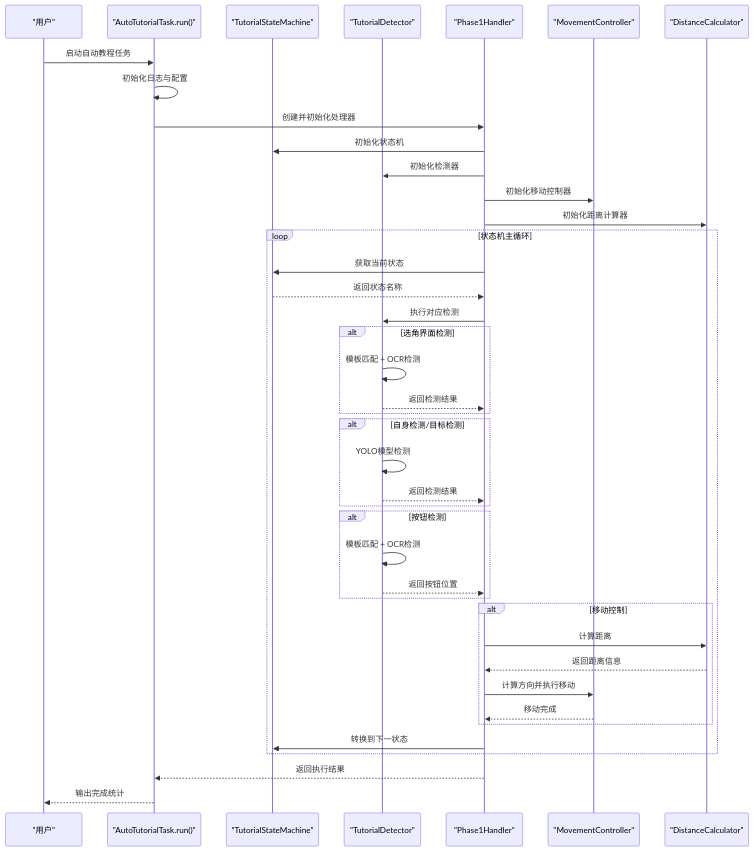
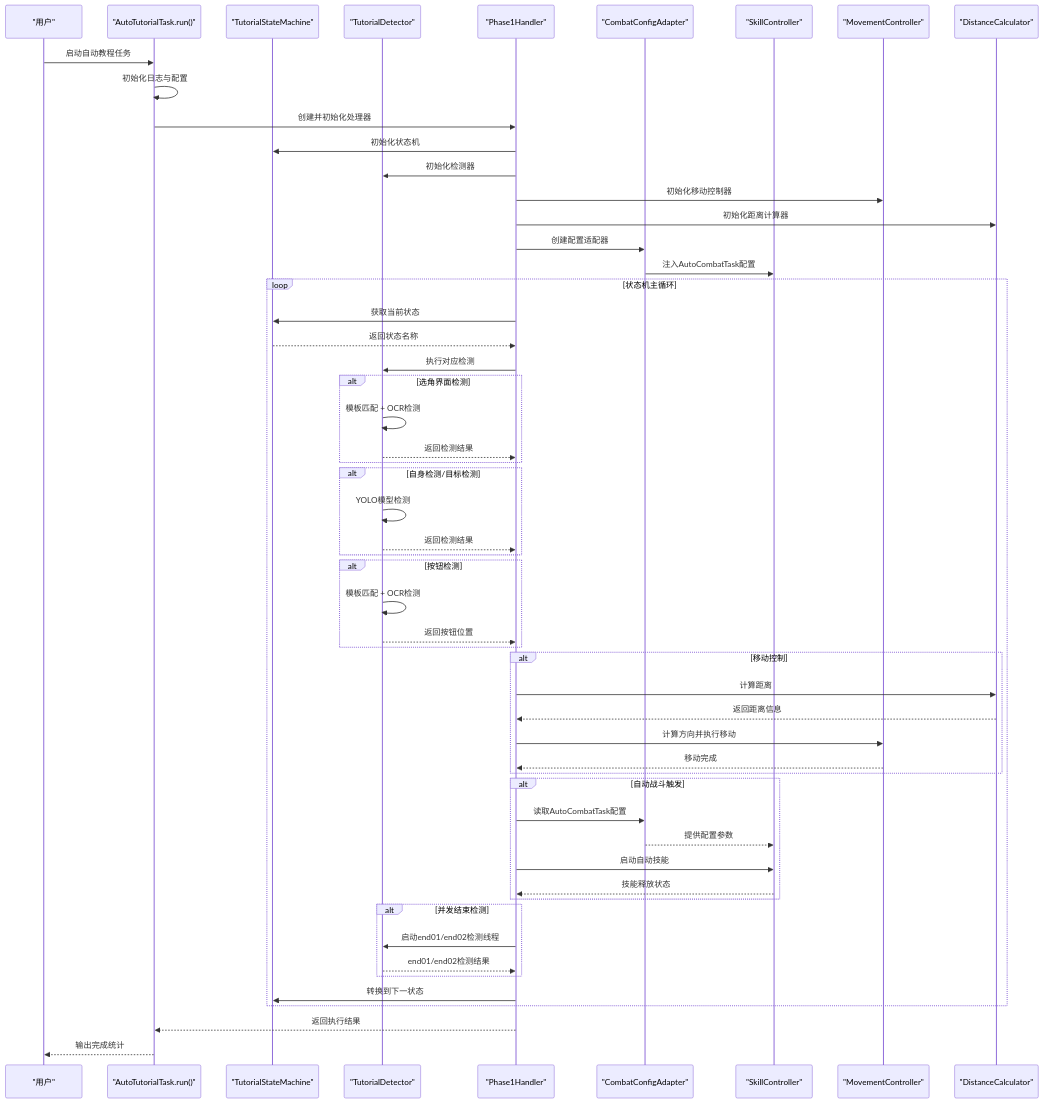
Before and after one commit to xsy098-max/ok-jump: the second of 7 diagrams in .qoder/repowiki/zh/content/任务系统/自动教程任务.md, drawn with Mermaid. The commit also changed other lines of this file and 22 other files, not shown here.

````diff
--- a/.qoder/repowiki/zh/content/任务系统/自动教程任务.md
+++ b/.qoder/repowiki/zh/content/任务系统/自动教程任务.md
@@ -144,43 +168,57 @@
 ```mermaid
 sequenceDiagram
 participant 用户 as "用户"
 participant 任务 as "AutoTutorialTask.run()"
 participant 状态机 as "TutorialStateMachine"
 participant 检测器 as "TutorialDetector"
 participant 处理器 as "Phase1Handler"
+participant 适配器 as "CombatConfigAdapter"
+participant 技能控制器 as "SkillController"
 participant 移动 as "MovementController"
 participant 距离计算 as "DistanceCalculator"
 用户->>任务 : 启动自动教程任务
 任务->>任务 : 初始化日志与配置
 任务->>处理器 : 创建并初始化处理器
 处理器->>状态机 : 初始化状态机
 处理器->>检测器 : 初始化检测器
 处理器->>移动 : 初始化移动控制器
 处理器->>距离计算 : 初始化距离计算器
+处理器->>适配器 : 创建配置适配器
+适配器->>技能控制器 : 注入AutoCombatTask配置
 loop 状态机主循环
 处理器->>状态机 : 获取当前状态
 状态机-->>处理器 : 返回状态名称
 处理器->>检测器 : 执行对应检测
 alt 选角界面检测
 检测器->>检测器 : 模板匹配 + OCR检测
 检测器-->>处理器 : 返回检测结果
 end
 alt 自身检测/目标检测
 检测器->>检测器 : YOLO模型检测
 检测器-->>处理器 : 返回检测结果
 end
 alt 按钮检测
 检测器->>检测器 : 模板匹配 + OCR检测
 检测器-->>处理器 : 返回按钮位置
 end
 alt 移动控制
 处理器->>距离计算 : 计算距离
 距离计算-->>处理器 : 返回距离信息
 处理器->>移动 : 计算方向并执行移动
 移动-->>处理器 : 移动完成
 end
+alt 自动战斗触发
+处理器->>适配器 : 读取AutoCombatTask配置
+适配器-->>技能控制器 : 提供配置参数
+处理器->>技能控制器 : 启动自动技能
+技能控制器-->>处理器 : 技能释放状态
+end
+alt 并发结束检测
+处理器->>检测器 : 启动end01/end02检测线程
+检测器-->>处理器 : end01/end02检测结果
+end
 处理器->>状态机 : 转换到下一状态
 end
 处理器-->>任务 : 返回执行结果
 任务-->>用户 : 输出完成统计
 ```
````
